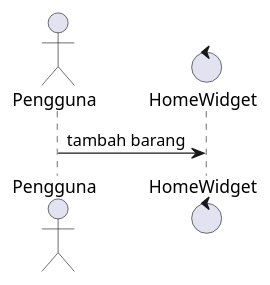
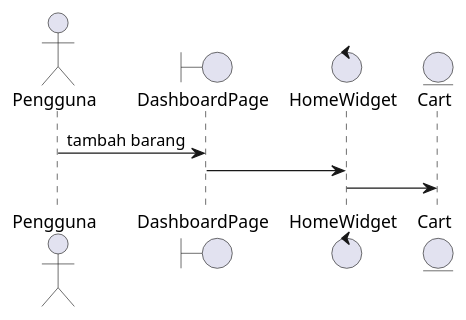
The diagram in add_cart_seq.puml (stnDinus/skpl_apbo_diagrams), drawn with PlantUML before and after one commit.

Commit message:
feat: additional add_car_seq nodes

```diff
--- a/add_cart_seq.puml
+++ b/add_cart_seq.puml
@@ -1,6 +1,10 @@
 @startuml
 actor Pengguna
+boundary DashboardPage
 control HomeWidget
+entity Cart
 
-Pengguna -> HomeWidget: tambah barang
+Pengguna -> DashboardPage: tambah barang
+DashboardPage -> HomeWidget
+HomeWidget -> Cart
 @enduml
```
